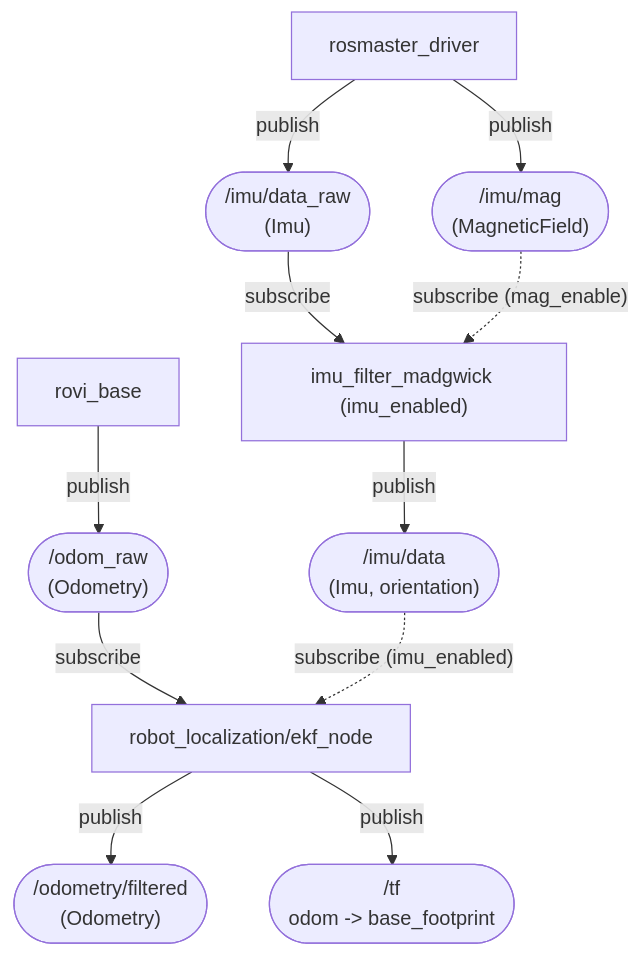
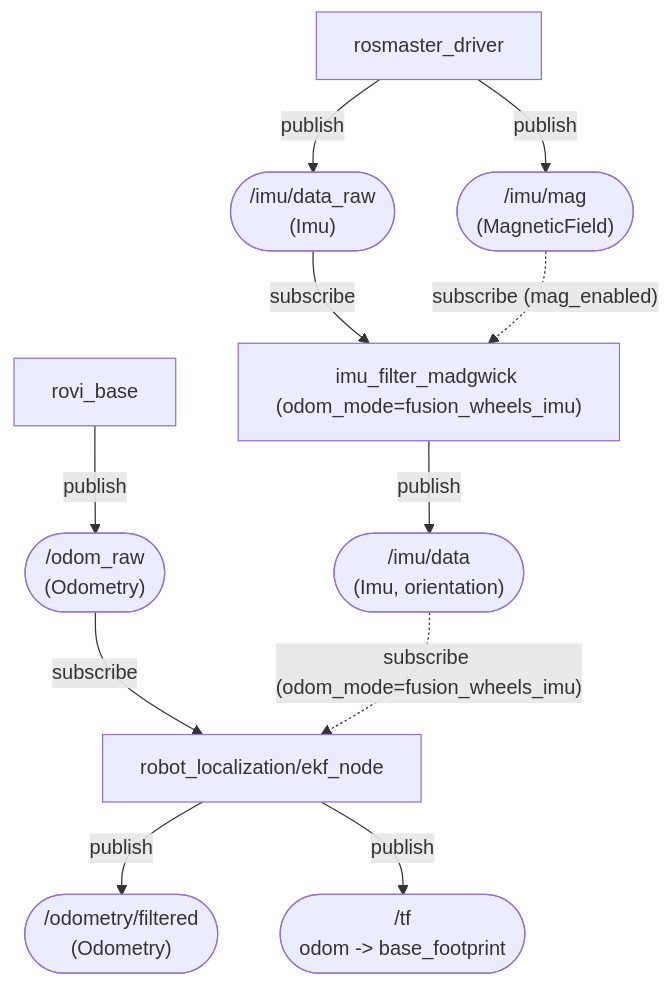
The third of 6 diagrams in README.md (Roblibs/rovi_ros_ws), drawn with Mermaid before and after one commit. The commit also changed other lines of this file and 3 other files, not shown here.

Commit message:
refactor odom mode

````diff
--- a/README.md
+++ b/README.md
@@ -197,19 +208,19 @@
 ```mermaid
 flowchart TD
   Rosmaster[rosmaster_driver] -->|publish| IMU_RAW(["/imu/data_raw<br/>(Imu)"])
   Rosmaster -->|publish| MAG(["/imu/mag<br/>(MagneticField)"])
   RoviBase[rovi_base] -->|publish| ODRAW(["/odom_raw<br/>(Odometry)"])
 
-  ImuFilter["imu_filter_madgwick (imu_enabled)"]
+  ImuFilter["imu_filter_madgwick (odom_mode=fusion_wheels_imu)"]
   IMU_RAW -->|subscribe| ImuFilter
-  MAG -.->|"subscribe (mag_enable)"| ImuFilter
+  MAG -.->|"subscribe (mag_enabled)"| ImuFilter
   IMU(["/imu/data<br/>(Imu, orientation)"])
   ImuFilter -->|publish| IMU
 
   EKF["robot_localization/ekf_node"]
   ODRAW -->|subscribe| EKF
-  IMU -.->|"subscribe (imu_enabled)"| EKF
+  IMU -.->|"subscribe (odom_mode=fusion_wheels_imu)"| EKF
   ODOMF(["/odometry/filtered<br/>(Odometry)"])
   EKF -->|publish| ODOMF
   EKF -->|publish| TF(["/tf<br/>odom -> base_footprint"])
 ```
````
